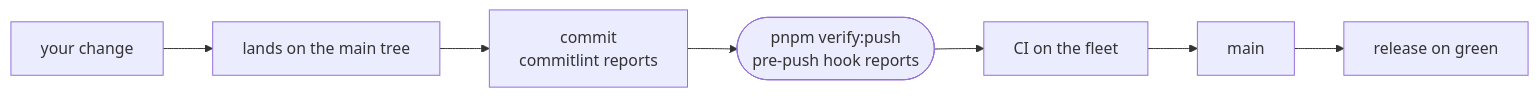
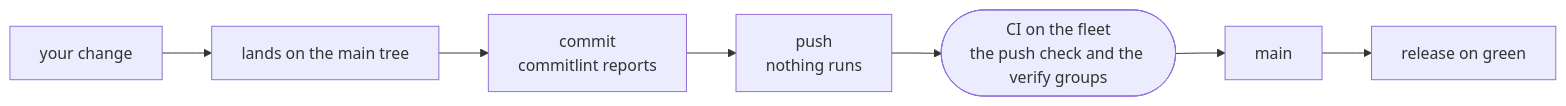
One commit to intentic/intentic changed the diagram in CONTRIBUTING.md. Above: the diagram before and after it, drawn with Mermaid. The commit also changed other lines of this file and 136 other files, not shown here.

First line of the commit message:
feat(workspace)!: drop push-checks, pre-push hook and FindingSchema

````diff
--- a/CONTRIBUTING.md
+++ b/CONTRIBUTING.md
@@ -5,9 +5,9 @@
 ```mermaid
 flowchart LR
     edit["your change"] --> land["lands on the main tree"]
     land --> commit["commit<br/>commitlint reports"]
-    commit --> push(["pnpm verify:push<br/>pre-push hook reports"])
-    push --> ci["CI on the fleet"]
+    commit --> push["push<br/>nothing runs"]
+    push --> ci(["CI on the fleet<br/>the push check and the verify groups"])
     ci --> main["main"]
     main --> release["release on green"]
 ```
````
